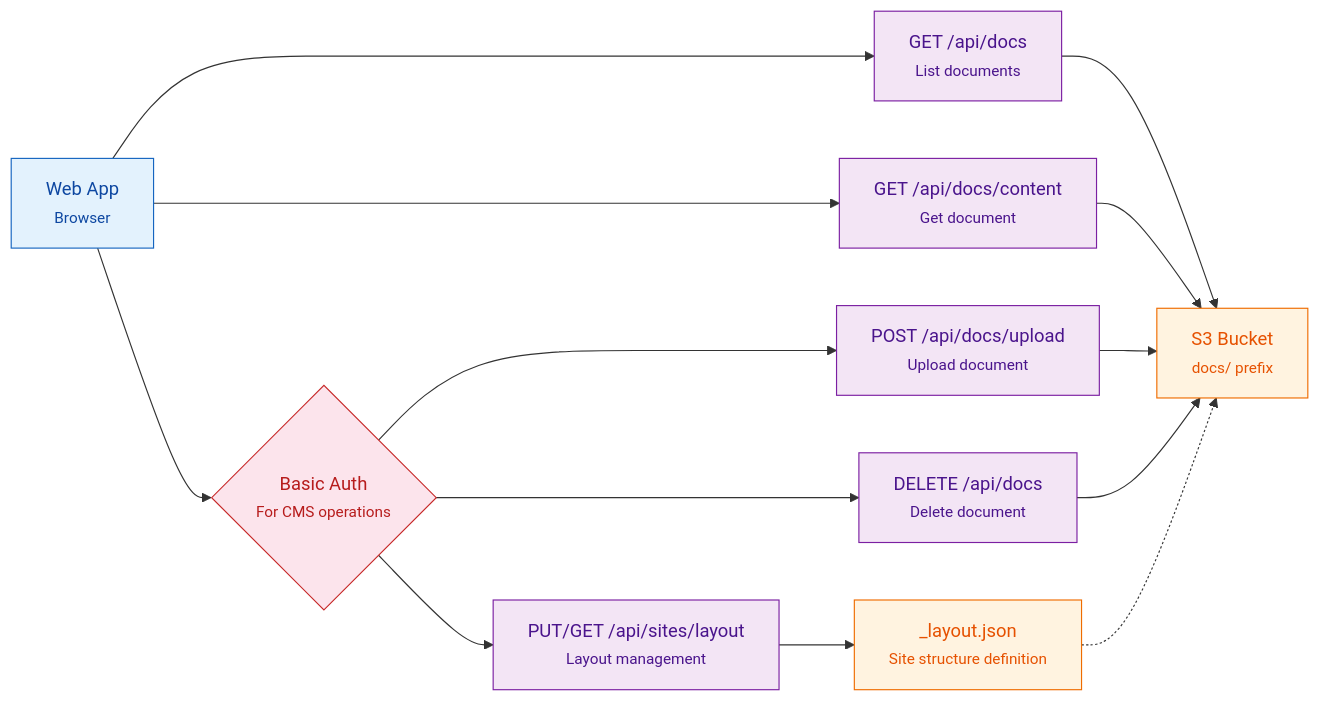
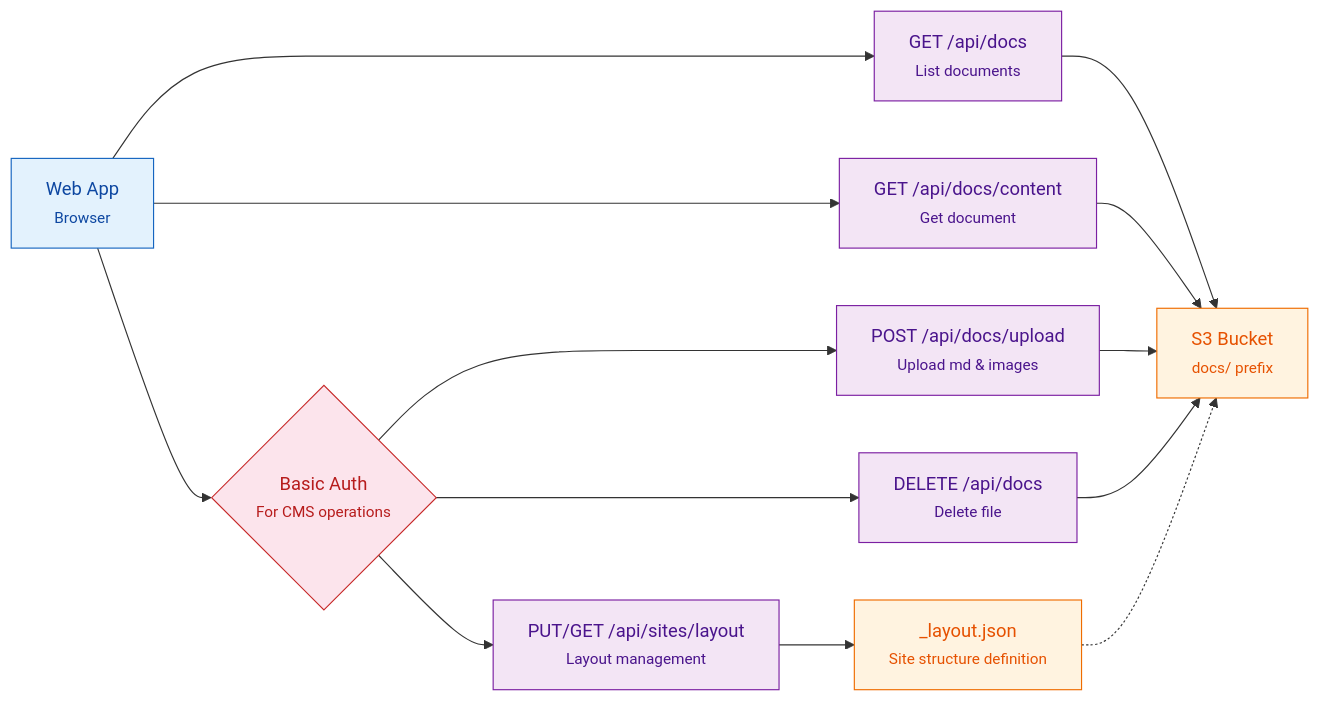
The third of 4 diagrams in spec/infrastructure-en.md (anytime-trial/anytime-markdown-docs), drawn with Mermaid before and after one commit. The commit also changed other lines of this file and 2 other files, not shown here.

````diff
--- a/spec/infrastructure-en.md
+++ b/spec/infrastructure-en.md
@@ -115,38 +126,38 @@
 ```mermaid
 flowchart LR
     %% Style definitions
     classDef client fill:#e3f2fd,stroke:#1565c0,color:#0d47a1
     classDef api fill:#f3e5f5,stroke:#7b1fa2,color:#4a148c
     classDef storage fill:#fff3e0,stroke:#ef6c00,color:#e65100
     classDef auth fill:#fce4ec,stroke:#c62828,color:#b71c1c
 
     %% Node definitions
     WebApp["Web App<br/><small>Browser</small>"]
     BasicAuth{"Basic Auth<br/><small>For CMS operations</small>"}
 
     ListAPI["GET /api/docs<br/><small>List documents</small>"]
     ReadAPI["GET /api/docs/content<br/><small>Get document</small>"]
-    UploadAPI["POST /api/docs/upload<br/><small>Upload document</small>"]
-    DeleteAPI["DELETE /api/docs<br/><small>Delete document</small>"]
+    UploadAPI["POST /api/docs/upload<br/><small>Upload md & images</small>"]
+    DeleteAPI["DELETE /api/docs<br/><small>Delete file</small>"]
     LayoutAPI["PUT/GET /api/sites/layout<br/><small>Layout management</small>"]
 
     Bucket["S3 Bucket<br/><small>docs/ prefix</small>"]
     LayoutJSON["_layout.json<br/><small>Site structure definition</small>"]
 
     %% Connection definitions
     WebApp --> ListAPI & ReadAPI
     WebApp --> BasicAuth
     BasicAuth --> UploadAPI & DeleteAPI & LayoutAPI
 
     ListAPI & ReadAPI --> Bucket
     UploadAPI & DeleteAPI --> Bucket
     LayoutAPI --> LayoutJSON
 
     LayoutJSON -.-> Bucket
 
     %% Style application
     class WebApp client
     class ListAPI,ReadAPI,UploadAPI,DeleteAPI,LayoutAPI api
     class Bucket,LayoutJSON storage
     class BasicAuth auth
 ```
````
